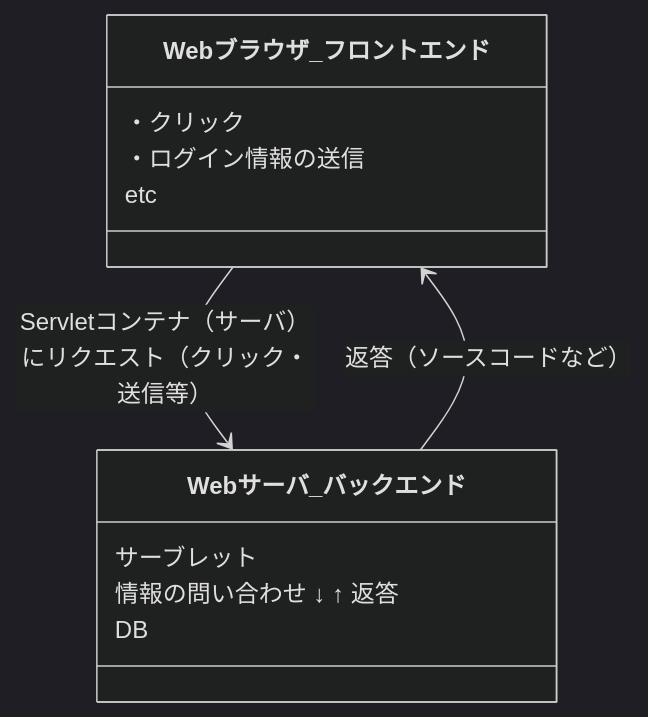
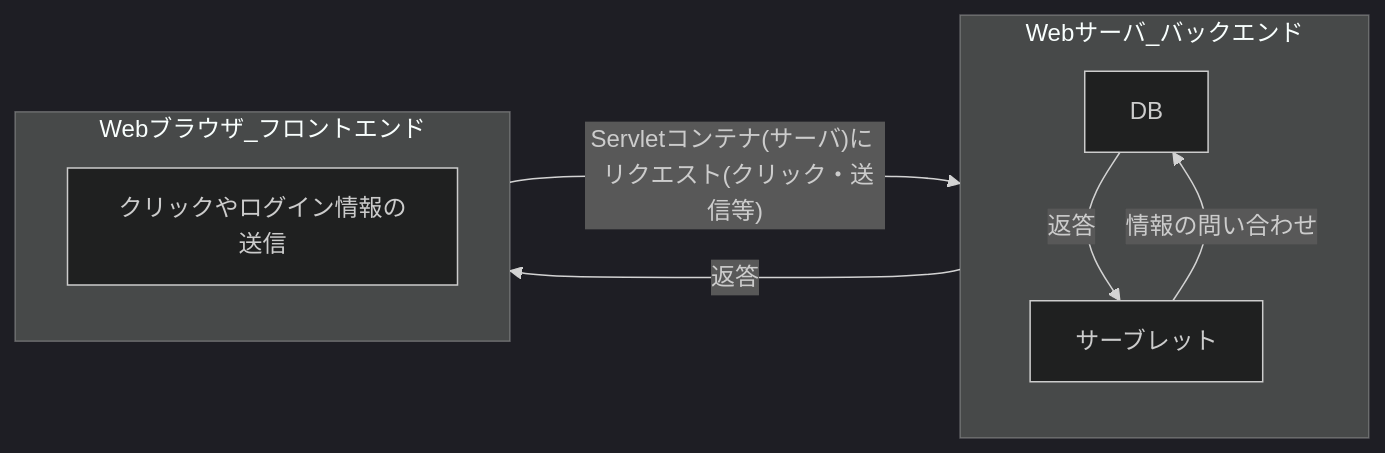
Before and after one commit to yutas-8/Note_IT: the diagram in 00.wisdom/サーブレット（Java Servlet）.md, drawn with Mermaid (dark theme).

Commit message:
[update]サーブレット（Java Servlet）.md
フローチャート式に変更

````diff
--- a/00.wisdom/サーブレット（Java Servlet）.md
+++ b/00.wisdom/サーブレット（Java Servlet）.md
@@ -21,17 +21,18 @@
 ```mermaid
-classDiagram
-	class Webブラウザ_フロントエンド{
-	・クリック
-	・ログイン情報の送信
-	etc
-	}
+flowchart LR
+	Webブラウザ_フロントエンド--->
+	|"Servletコンテナ(サーバ)に </br> リクエスト(クリック・送信等)"| Webサーバ_バックエンド
 	
-	class Webサーバ_バックエンド
-	Webサーバ_バックエンド : サーブレット
-	Webサーバ_バックエンド : 情報の問い合わせ ↓ ↑ 返答
-	Webサーバ_バックエンド : DB
+	Webサーバ_バックエンド--->
+	|"返答"|Webブラウザ_フロントエンド
+	
+	subgraph Webサーバ_バックエンド
+		DB -- 返答 --> サーブレット
+		サーブレット -- 情報の問い合わせ -->DB
+	end
+	
+	subgraph Webブラウザ_フロントエンド
+		クリックやログイン情報の送信
+	end
 
-Webブラウザ_フロントエンド --> Webサーバ_バックエンド : Servletコンテナ（サーバ）にリクエスト（クリック・送信等）
-
-Webサーバ_バックエンド--> Webブラウザ_フロントエンド : 返答（ソースコードなど）
 ```
````
